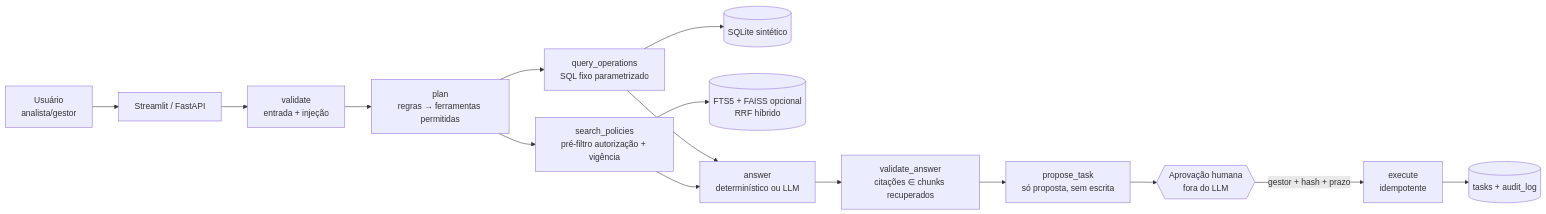
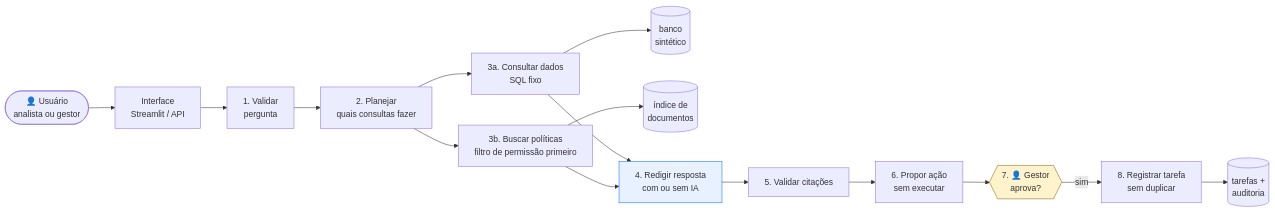
Before and after one commit to GuiiLuiss/ops-copilot: the diagram in README.md, drawn with Mermaid. The commit also changed other lines of this file, not shown here.

````diff
--- a/README.md
+++ b/README.md
@@ -60,17 +171,19 @@
 ```mermaid
 flowchart LR
-    U[Usuário<br/>analista/gestor] --> UI[Streamlit / FastAPI]
-    UI --> V[validate<br/>entrada + injeção]
-    V --> P[plan<br/>regras → ferramentas permitidas]
-    P --> T1[query_operations<br/>SQL fixo parametrizado]
-    P --> T2[search_policies<br/>pré-filtro autorização + vigência]
-    T1 --> DB[(SQLite sintético)]
-    T2 --> IDX[(FTS5 + FAISS opcional<br/>RRF híbrido)]
-    T1 --> A[answer<br/>determinístico ou LLM]
+    U([👤 Usuário<br/>analista ou gestor]) --> UI[Interface<br/>Streamlit / API]
+    UI --> V[1. Validar<br/>pergunta]
+    V --> P[2. Planejar<br/>quais consultas fazer]
+    P --> T1[3a. Consultar dados<br/>SQL fixo]
+    P --> T2[3b. Buscar políticas<br/>filtro de permissão primeiro]
+    T1 --> DB[(banco<br/>sintético)]
+    T2 --> IDX[(índice de<br/>documentos)]
+    T1 --> A[4. Redigir resposta<br/>com ou sem IA]
     T2 --> A
-    A --> VAL[validate_answer<br/>citações ∈ chunks recuperados]
-    VAL --> PR[propose_task<br/>só proposta, sem escrita]
-    PR --> HUM{{Aprovação humana<br/>fora do LLM}}
-    HUM -->|gestor + hash + prazo| EX[execute<br/>idempotente]
-    EX --> TASKS[(tasks + audit_log)]
+    A --> VAL[5. Validar citações]
+    VAL --> PR[6. Propor ação<br/>sem executar]
+    PR --> HUM{{7. 👤 Gestor<br/>aprova?}}
+    HUM -->|sim| EX[8. Registrar tarefa<br/>sem duplicar]
+    EX --> TASKS[(tarefas +<br/>auditoria)]
+    style HUM fill:#fff3cd,stroke:#856404
+    style A fill:#e7f1ff,stroke:#0d6efd
 ```
````
